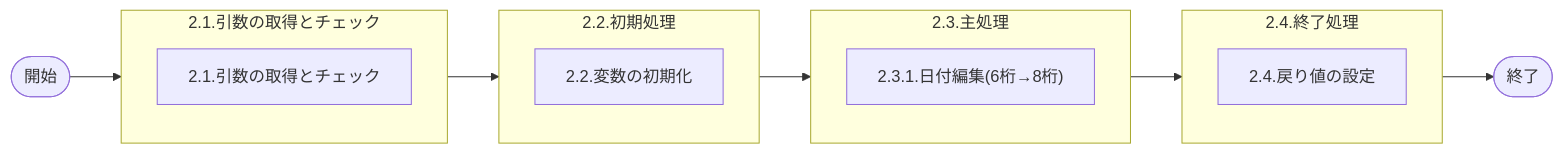
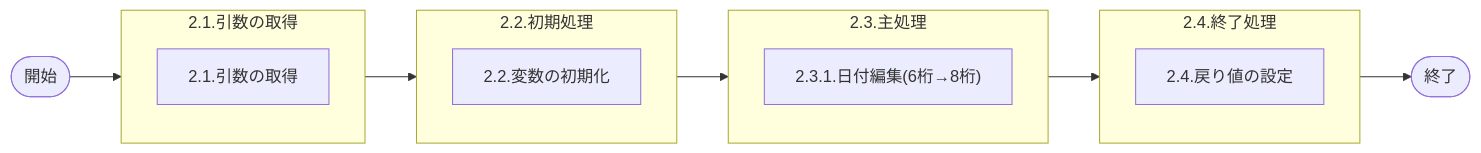
Before and after one commit to huangyiyong-xm/GIMAC_IC_design: the diagram in LDYS0001_詳細設計_日付編集(6桁→8桁).md, drawn with Mermaid. The commit also changed other lines of this file and 1 other file, not shown here.

Commit message:
引数の取得 title修正

````diff
--- a/LDYS0001_詳細設計_日付編集(6桁→8桁).md
+++ b/LDYS0001_詳細設計_日付編集(6桁→8桁).md
@@ -22,28 +22,28 @@
 ```mermaid
 flowchart LR
    %% メインフローブランチ
    start(["開始"]) --> argBlock --> initBlock --> mainBlock --> endBlock --> endStatus(["終了"])
  
    %% 引数処理詳細フロー
-   subgraph argBlock ["2.1.引数の取得とチェック"]
-     arg_process_and_check["<div style='white-space: nowrap;'>2.1.引数の取得とチェック</div>"]
+   subgraph argBlock ["2.1.引数の取得"]
+     arg_process_and_check["<div style='white-space: nowrap;'>2.1.引数の取得</div>"]
    end
  
    %% 初期処理詳細フロー
    subgraph initBlock ["2.2.初期処理"]
       init_process["<div style='white-space: nowrap;'>2.2.変数の初期化</div>"]
    end
  
    %% 主処理詳細フロー
    subgraph mainBlock ["2.3.主処理"]
      main_process["<div style='white-space: nowrap;'>2.3.1.日付編集(6桁→8桁)</div>"]
    end
  
    %% 終了処理
    subgraph endBlock ["2.4.終了処理"]
      end_process["<div style='white-space: nowrap;'>2.4.戻り値の設定</div>"]
    end
  
    class start,end_process startEnd
    class arg_process,init_process,main_process process
 ```
````
